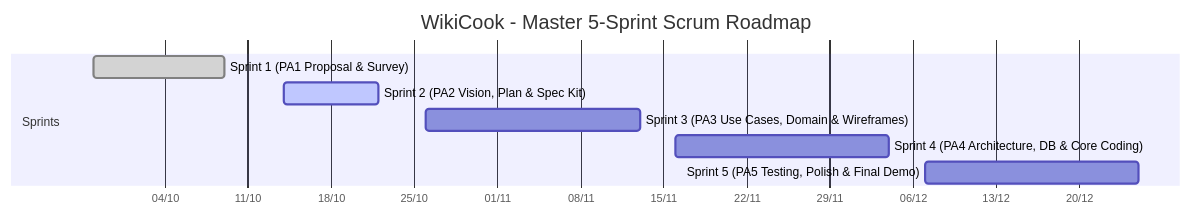
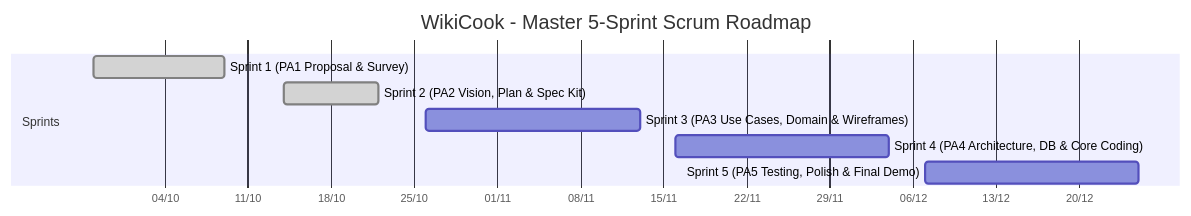
The second of 6 diagrams in docs/management/project-plan.md (ThanhDu14/WikiCook), drawn with Mermaid before and after one commit. The commit also changed other lines of this file and 18 other files, not shown here.

````diff
--- a/docs/management/project-plan.md
+++ b/docs/management/project-plan.md
@@ -268,12 +269,12 @@
 ```mermaid
 gantt
     title WikiCook - Master 5-Sprint Scrum Roadmap
     dateFormat YYYY-MM-DD
     axisFormat %d/%m
     section Sprints
     Sprint 1 (PA1 Proposal & Survey)              :done,   s1, 2026-09-28, 2026-10-09
-    Sprint 2 (PA2 Vision, Plan & Spec Kit)        :active, s2, 2026-10-14, 2026-10-22
+    Sprint 2 (PA2 Vision, Plan & Spec Kit)        :done,   s2, 2026-10-14, 2026-10-22
     Sprint 3 (PA3 Use Cases, Domain & Wireframes) :        s3, 2026-10-26, 2026-11-13
     Sprint 4 (PA4 Architecture, DB & Core Coding) :        s4, 2026-11-16, 2026-12-04
     Sprint 5 (PA5 Testing, Polish & Final Demo)   :        s5, 2026-12-07, 2026-12-25
 ```
````
